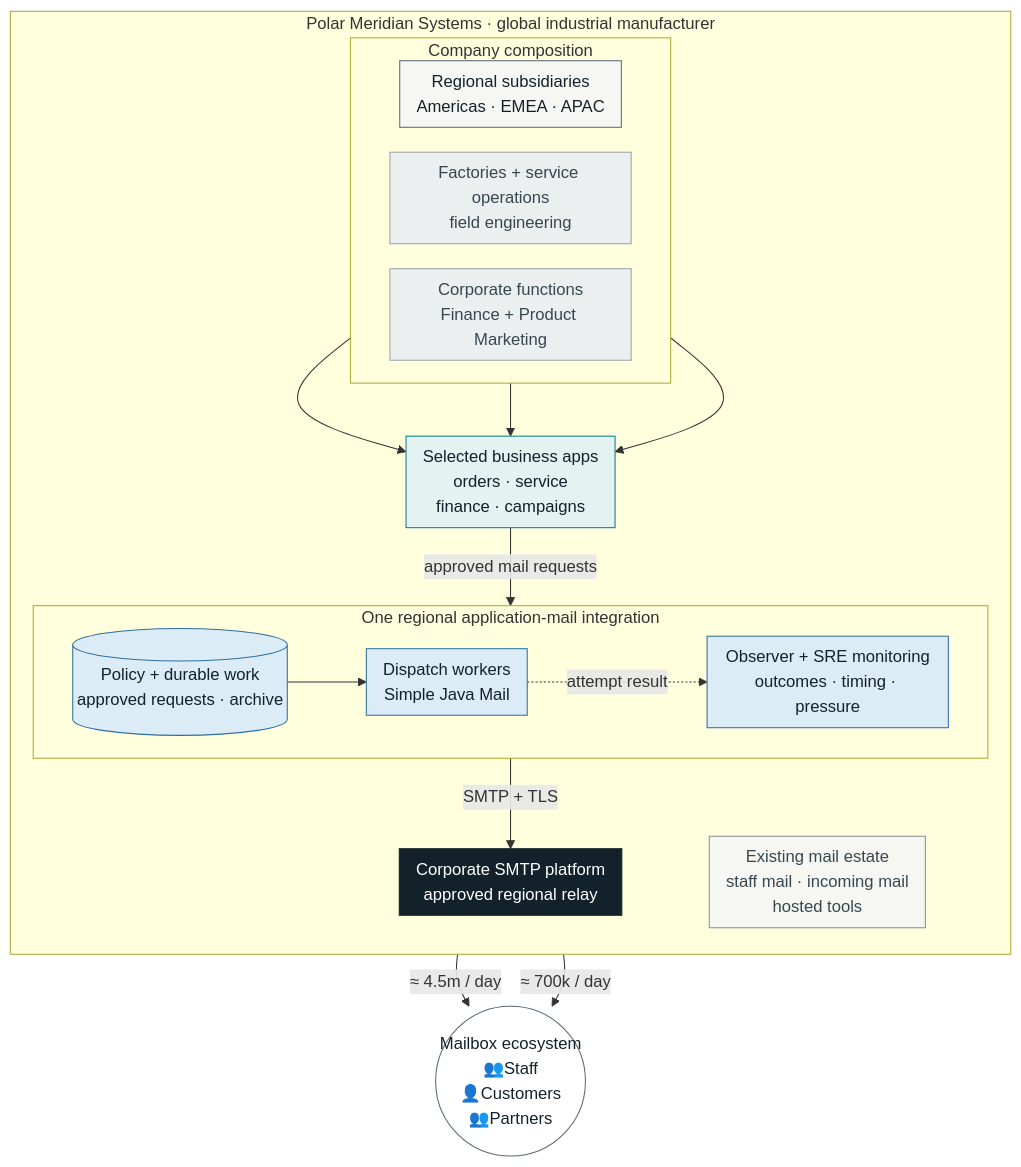
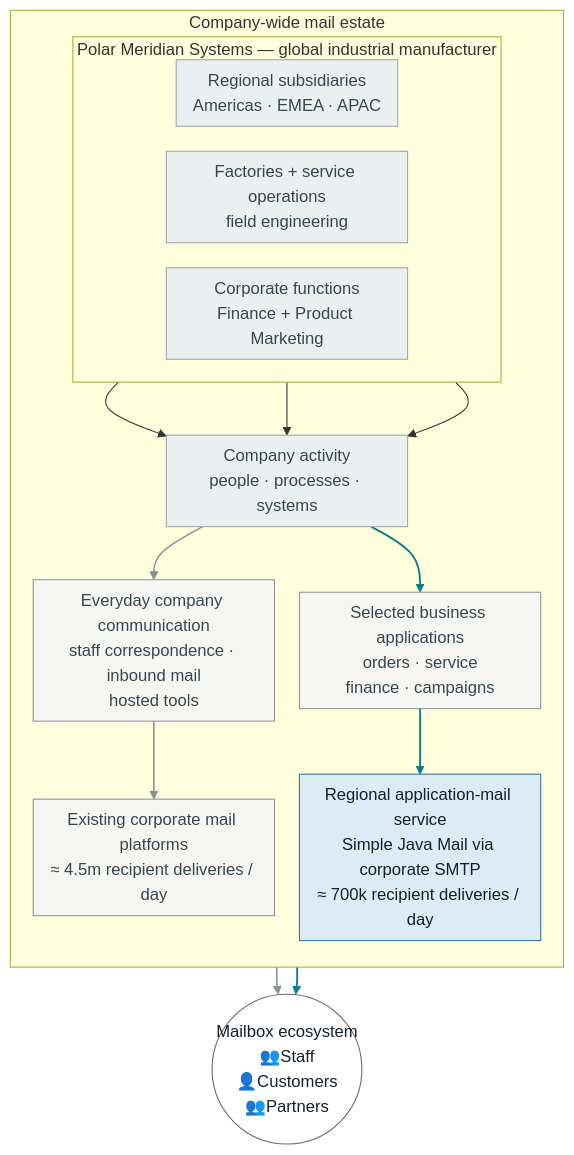
One commit to simple-java-mail/simplejavamail.org changed the first of 6 diagrams in src/journal/2026-09-10-mail-at-polar-meridian-systems.md. Above: the diagram before and after it, drawn with Mermaid. The commit also changed other lines of this file and 1 other file, not shown here.

Commit message:
docs(journal): refine Polar Meridian mail estate overview

````diff
--- a/src/journal/2026-09-10-mail-at-polar-meridian-systems.md
+++ b/src/journal/2026-09-10-mail-at-polar-meridian-systems.md
@@ -32,55 +34,47 @@
 ```mermaid
 %%{init: { "flowchart": { "padding": 8, "nodeSpacing": 24, "rankSpacing": 26 } } }%%
 flowchart TB
     accTitle: Polar Meridian's company-wide mail estate
-    accDescr: Polar Meridian has about 5.2 million recipient deliveries on a working day. Around 4.5 million follow existing staff, inbound and hosted mail routes. Around 700,000 come from selected business applications through the regional application-mail integration discussed in this case study. Both routes reach staff, shared and external inboxes.
+    accDescr: Polar Meridian has about 5.2 million recipient deliveries on a working day. Its company composition creates two mail estates. Around 4.5 million use existing corporate platforms for staff, inbound and hosted mail. Around 700,000 come from selected business applications through a regional application-mail service using Simple Java Mail and corporate SMTP. Both reach staff, shared and external inboxes.
 
-    subgraph polar["Polar Meridian Systems · global industrial manufacturer"]
+    subgraph polar["Company-wide mail estate"]
         direction TB
-        subgraph company["Company composition"]
+        subgraph company["Polar Meridian Systems — global industrial manufacturer"]
             direction LR
             regions["Regional subsidiaries<br/>Americas · EMEA · APAC"]
             operations["Factories + service operations<br/>field engineering"]
             corporate["Corporate functions<br/>Finance + Product Marketing"]
         end
 
-        apps["Selected business apps<br/>orders · service<br/>finance · campaigns"]
+        activity["<span class='polar-activity-label'>Company activity<br/>people · processes · systems</span>"]
 
-        subgraph integration["One regional application-mail integration"]
-            direction LR
-            policy[("Policy + durable work<br/>approved requests · archive")]
-            dispatch["Dispatch workers<br/>Simple Java Mail"]
-            observe["Observer + SRE monitoring<br/>outcomes · timing · pressure"]
-            policy --> dispatch
-            dispatch -.->|attempt result| observe
-        end
+        everyday["<span class='polar-estate-label'>Everyday company communication<br/>staff correspondence · inbound mail<br/>hosted tools</span>"]
+        existing["<span class='polar-estate-label'>Existing corporate mail platforms<br/>≈ 4.5m recipient deliveries / day</span>"]
 
-        smtp["Corporate SMTP platform<br/>approved regional relay"]
-        existing["Existing mail estate<br/>staff mail · incoming mail<br/>hosted tools"]
+        apps["<span class='polar-estate-label'>Selected business applications<br/>orders · service<br/>finance · campaigns</span>"]
+        integration["<span class='polar-estate-label'>Regional application-mail service<br/>Simple Java Mail via corporate SMTP<br/>≈ 700k recipient deliveries / day</span>"]
     end
 
     mailboxes(("Mailbox ecosystem<br/><span class='mailbox-audience'><span class='mailbox-actor'>👥</span><span>Staff</span></span><br/><span class='mailbox-audience'><span class='mailbox-actor'>👤</span><span>Customers</span></span><br/><span class='mailbox-audience'><span class='mailbox-actor'>👥</span><span>Partners</span></span>"))
 
-    regions --> apps
-    operations --> apps
-    corporate --> apps
-    apps -->|approved mail requests| integration
-    integration -->|SMTP + TLS| smtp
-    existing -->|≈ 4.5m / day| mailboxes
-    smtp -->|≈ 700k / day| mailboxes
+    regions --> activity
+    operations --> activity
+    corporate --> activity
+    activity --> everyday
+    activity --> apps
+    everyday --> existing
+    apps --> integration
+    existing --> mailboxes
+    integration --> mailboxes
 
-    classDef regional fill:#F6F7F3,stroke:#5B6872,color:#13212B
     classDef organisational fill:#ECEFEF,stroke:#9AA3A8,color:#37474F
-    classDef application fill:#E4F2F2,stroke:#087E8B,color:#13212B
     classDef component fill:#DCECF6,stroke:#2F6F9F,color:#13212B
-    classDef infrastructure fill:#13212B,stroke:#13212B,color:#FFFFFF
     classDef existing fill:#F6F7F3,stroke:#87929A,color:#37474F
     classDef person fill:#FFFFFF,stroke:#5B6872,color:#13212B
-    class regions regional
-    class operations,corporate organisational
-    class apps application
-    class policy,dispatch,observe component
-    class smtp infrastructure
-    class existing existing
+    class regions,operations,corporate,activity organisational
+    class everyday,existing,apps existing
+    class integration component
     class mailboxes person
+    linkStyle 3,5,7 stroke:#87929A,stroke-width:1.5px
+    linkStyle 4,6,8 stroke:#087E8B,stroke-width:1.75px
 ```
````
